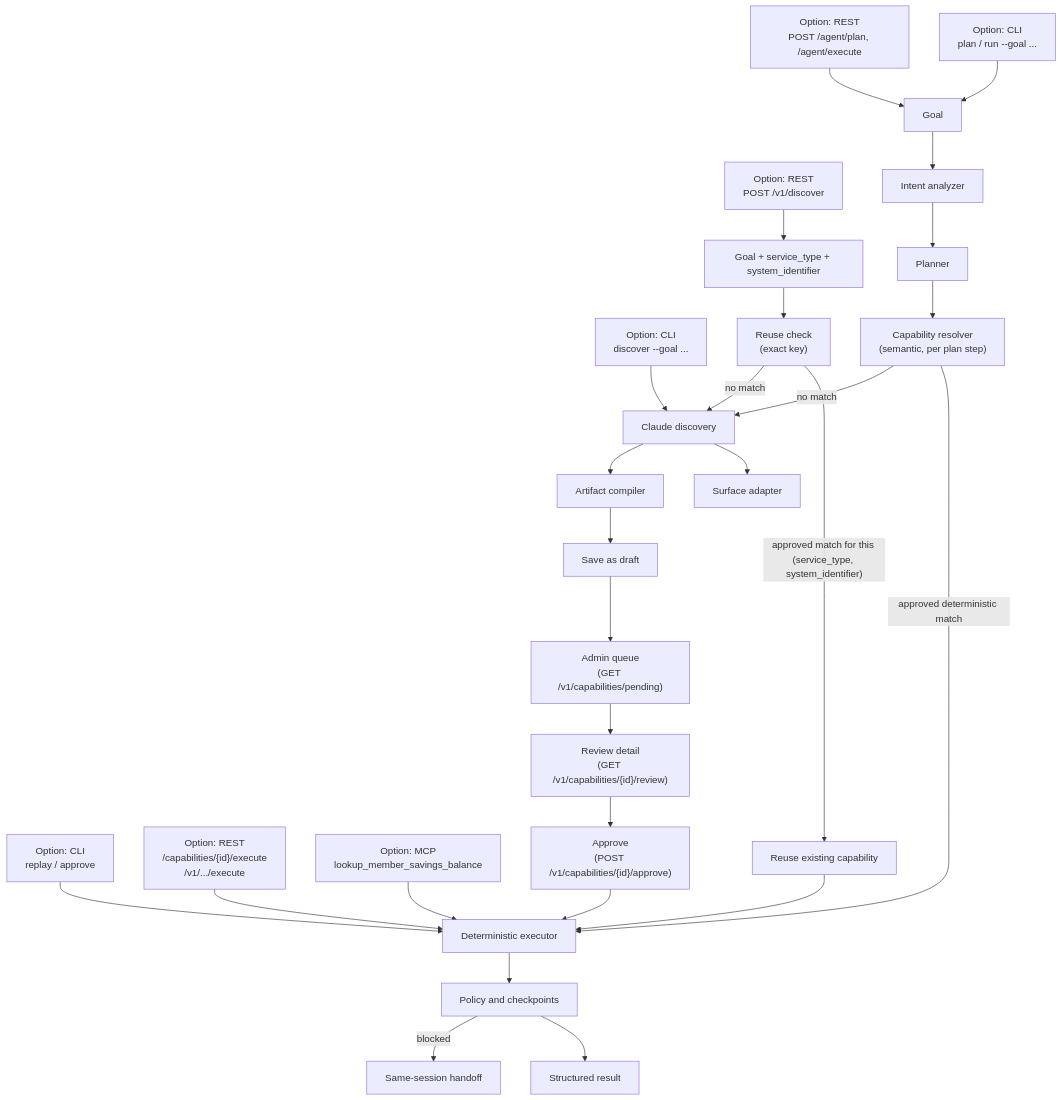
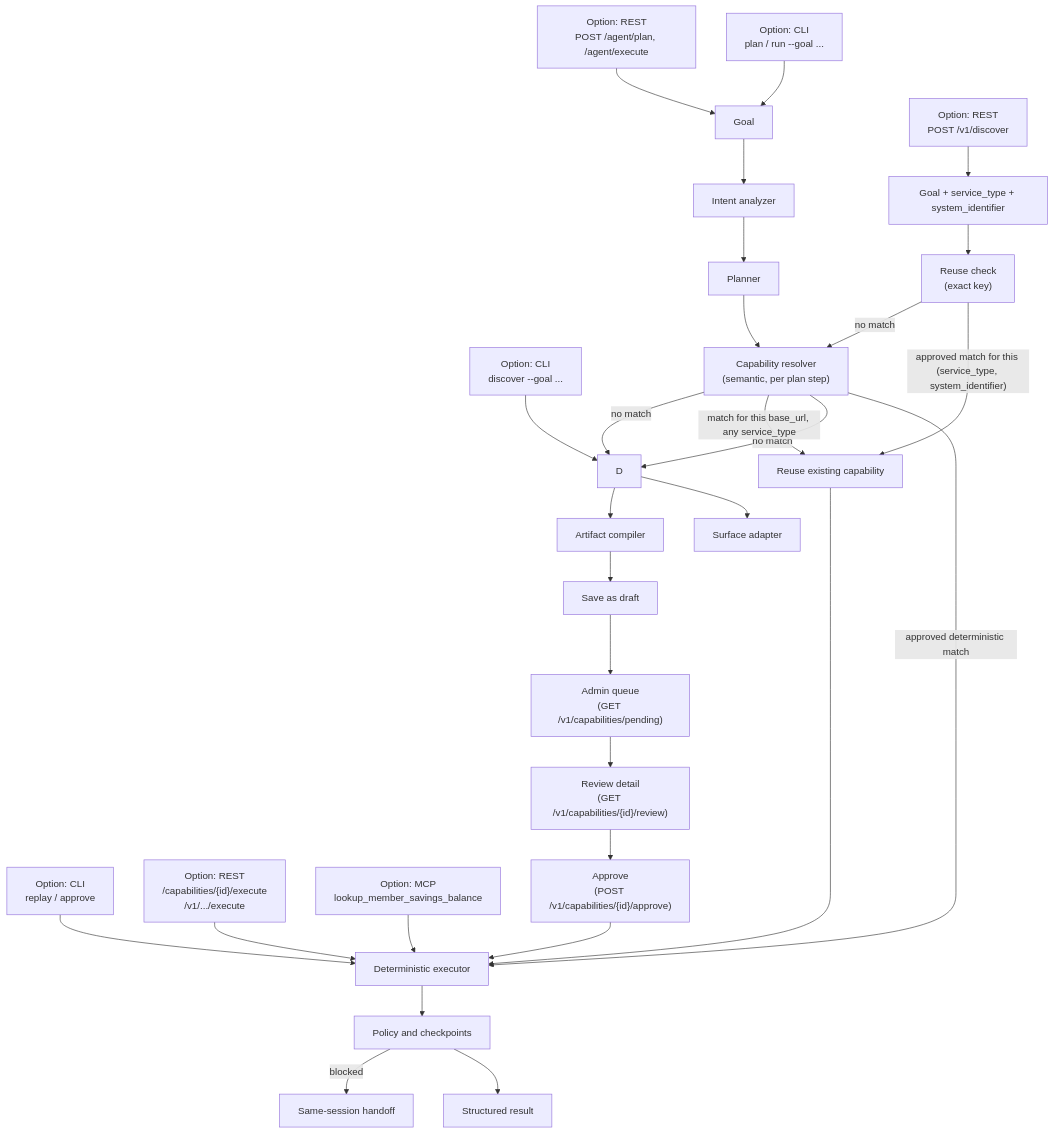
One commit to sathishKaruppannan/computer-use-capability-platform changed the diagram in README.md. Above: the diagram before and after it, drawn with Mermaid. The commit also changed other lines of this file and 1 other file, not shown here.

````diff
--- a/README.md
+++ b/README.md
@@ -16,31 +16,33 @@
 ```mermaid
 flowchart TD
   CLIP["Option: CLI<br/>plan / run --goal ..."] --> IA
   RESTA["Option: REST<br/>POST /agent/plan, /agent/execute"] --> IA
   CLID["Option: CLI<br/>discover --goal ..."] --> D
   RESTD["Option: REST<br/>POST /v1/discover"] --> G
   CLIR["Option: CLI<br/>replay / approve"] --> E
   RESTE["Option: REST<br/>/capabilities/{id}/execute<br/>/v1/.../execute"] --> E
   MCPL["Option: MCP<br/>lookup_member_savings_balance"] --> E
 
   IA["Goal"] --> IN[Intent analyzer]
   IN --> PL[Planner]
   PL --> CR["Capability resolver<br/>(semantic, per plan step)"]
   CR -->|approved deterministic match| E
   CR -->|no match| D
 
   G["Goal + service_type + system_identifier"] --> R["Reuse check<br/>(exact key)"]
   R -->|"approved match for this (service_type, system_identifier)"| X[Reuse existing capability]
-  R -->|no match| D[Claude discovery]
+  R -->|no match| CR
+  CR -->|"match for this base_url, any service_type"| X
+  CR -->|no match| D
   D --> S[Surface adapter]
   D --> C[Artifact compiler]
   C --> N["Save as draft"]
   N --> Q["Admin queue<br/>(GET /v1/capabilities/pending)"]
   Q --> W["Review detail<br/>(GET /v1/capabilities/{id}/review)"]
   W --> V["Approve<br/>(POST /v1/capabilities/{id}/approve)"]
   X --> E[Deterministic executor]
   V --> E
   E --> P[Policy and checkpoints]
   P --> A[Structured result]
   P -->|blocked| H[Same-session handoff]
 ```
````
